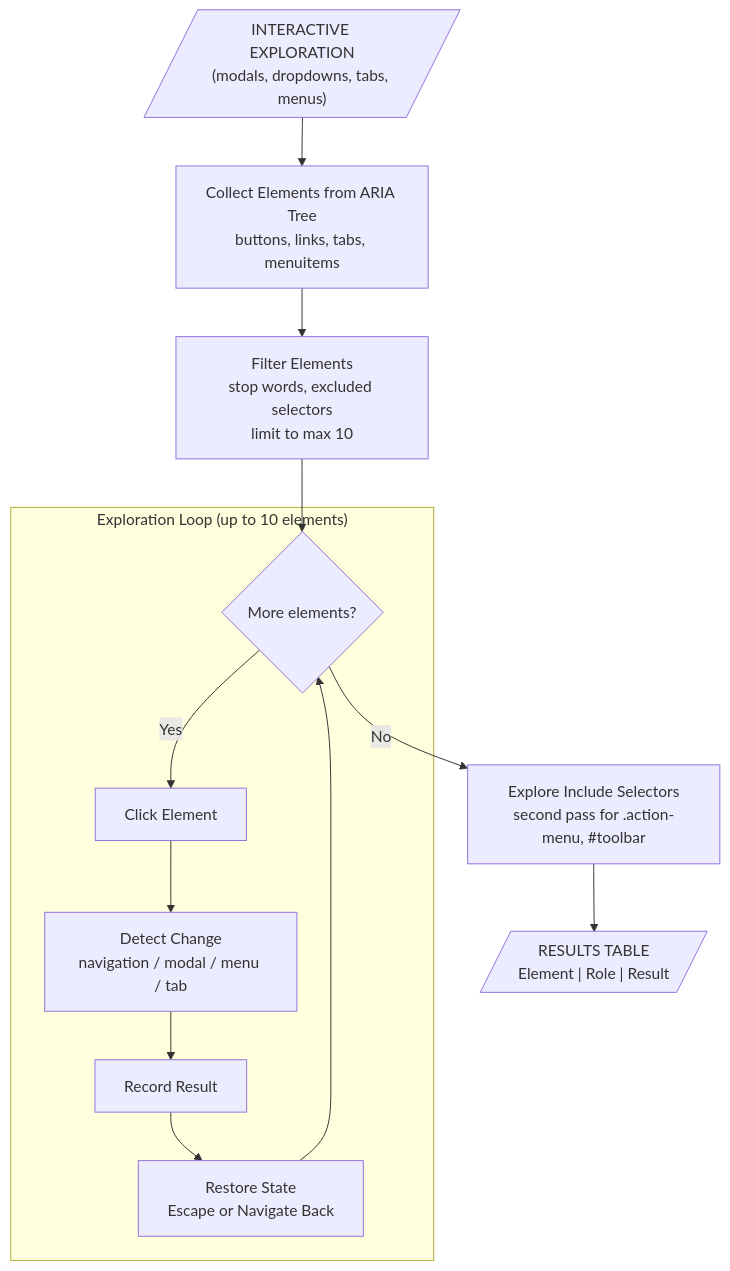
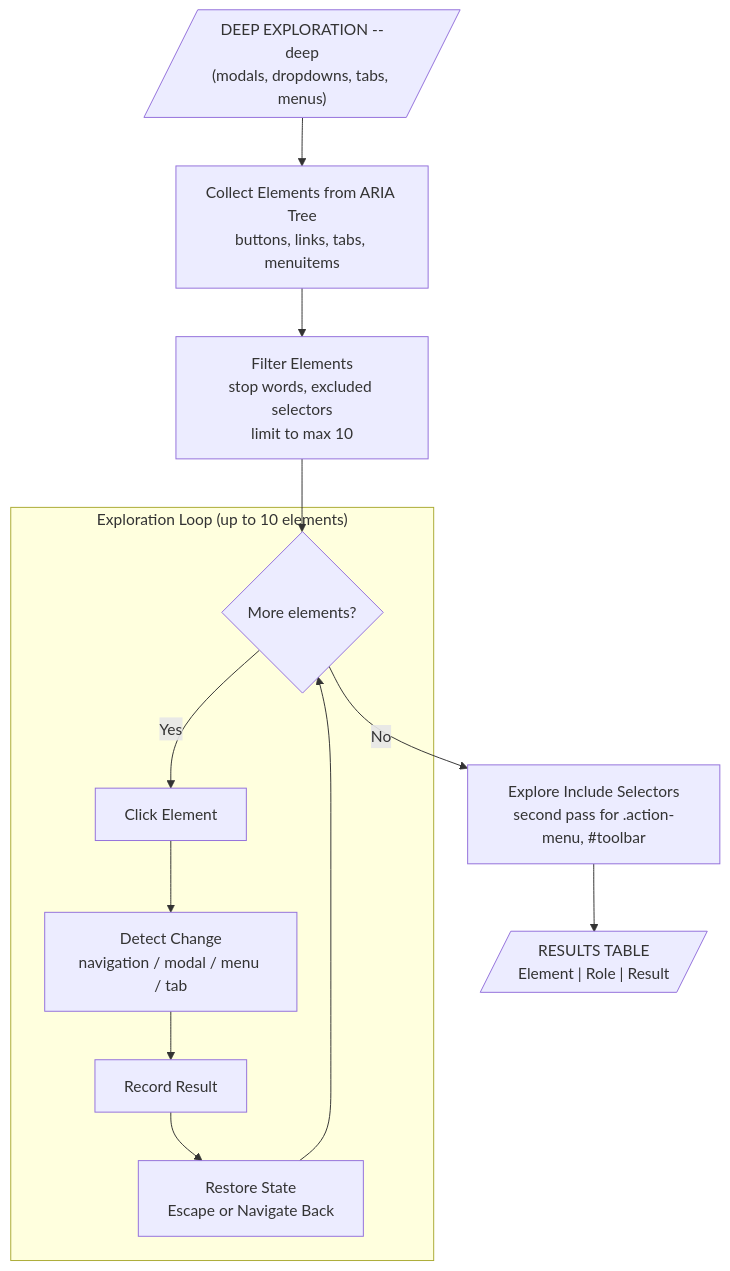
One commit to testomatio/explorbot changed the second of 2 diagrams in docs/researcher.md. Above: the diagram before and after it, drawn with Mermaid. The commit also changed other lines of this file, not shown here.

````diff
--- a/docs/researcher.md
+++ b/docs/researcher.md
@@ -171,17 +166,17 @@
 ```mermaid
 flowchart TD
-    A[/"INTERACTIVE EXPLORATION<br/>(modals, dropdowns, tabs, menus)"/] --> B
+    A[/"DEEP EXPLORATION --deep<br/>(modals, dropdowns, tabs, menus)"/] --> B
     B[Collect Elements from ARIA Tree<br/>buttons, links, tabs, menuitems] --> C
     C[Filter Elements<br/>stop words, excluded selectors<br/>limit to max 10] --> D
 
     subgraph LOOP ["Exploration Loop (up to 10 elements)"]
         D{More elements?} -->|Yes| E[Click Element]
         E --> F[Detect Change<br/>navigation / modal / menu / tab]
         F --> G[Record Result]
         G --> H[Restore State<br/>Escape or Navigate Back]
         H --> D
     end
 
     D -->|No| I[Explore Include Selectors<br/>second pass for .action-menu, #toolbar]
     I --> J[/"RESULTS TABLE<br/>Element | Role | Result"/]
 ```
````
